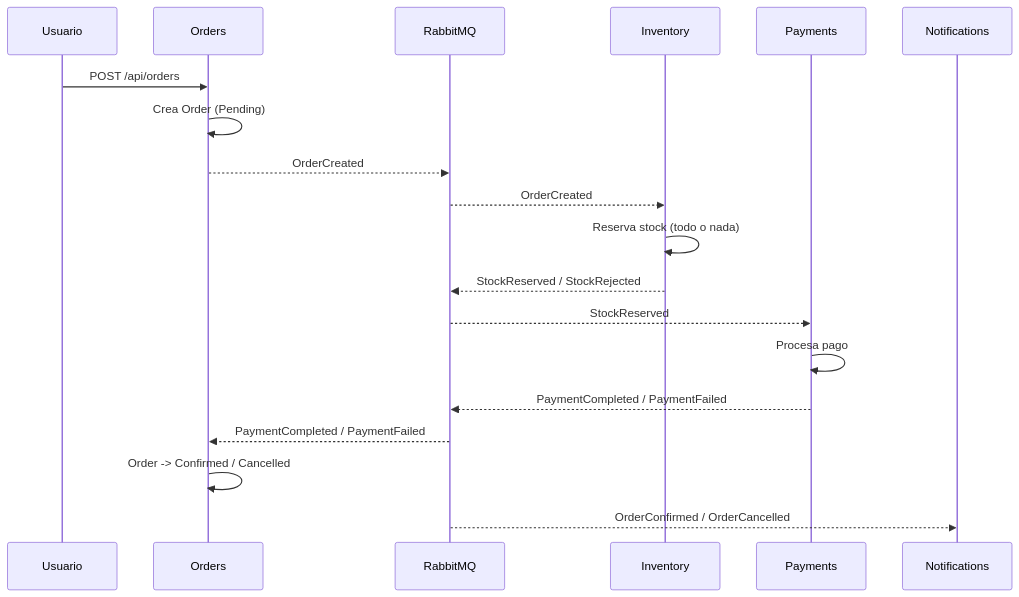
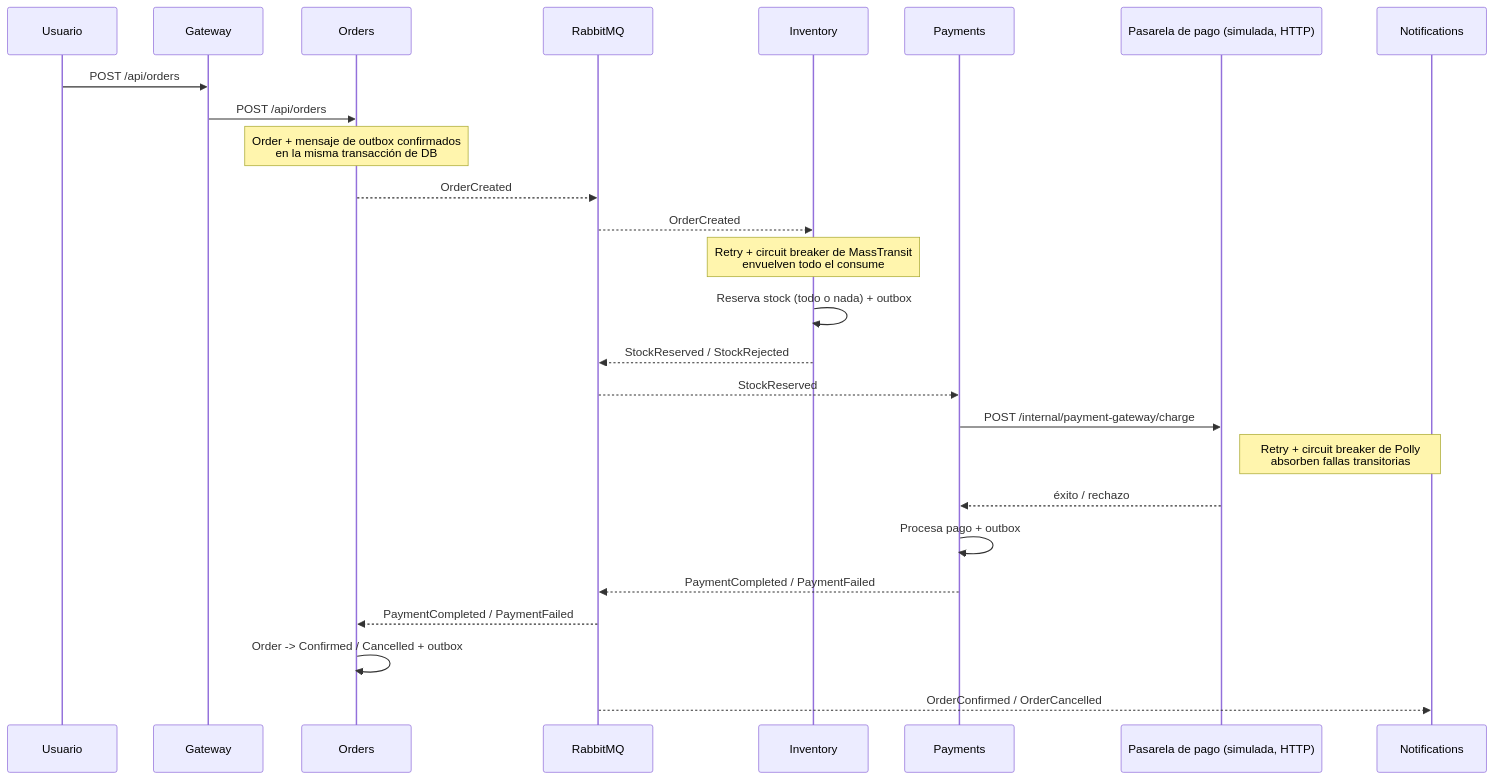
The fifth of 6 diagrams in README.md (JavierCrisostomo/ecommerce-microservices-v2), drawn with Mermaid before and after one commit. The commit also changed other lines of this file and 1 other file, not shown here.

First line of the commit message:
Document outbox, resilience and observability in README and tutorial

````diff
--- a/README.md
+++ b/README.md
@@ -272,22 +300,29 @@
 ```mermaid
 sequenceDiagram
     participant U as Usuario
+    participant GW as Gateway
     participant ORD as Orders
     participant BUS as RabbitMQ
     participant INV as Inventory
     participant PAY as Payments
+    participant PG as Pasarela de pago (simulada, HTTP)
     participant NOT as Notifications
 
-    U->>ORD: POST /api/orders
-    ORD->>ORD: Crea Order (Pending)
+    U->>GW: POST /api/orders
+    GW->>ORD: POST /api/orders
+    Note over ORD: Order + mensaje de outbox confirmados<br/>en la misma transacción de DB
     ORD-->>BUS: OrderCreated
     BUS-->>INV: OrderCreated
-    INV->>INV: Reserva stock (todo o nada)
+    Note over INV: Retry + circuit breaker de MassTransit<br/>envuelven todo el consume
+    INV->>INV: Reserva stock (todo o nada) + outbox
     INV-->>BUS: StockReserved / StockRejected
     BUS-->>PAY: StockReserved
-    PAY->>PAY: Procesa pago
+    PAY->>PG: POST /internal/payment-gateway/charge
+    Note right of PG: Retry + circuit breaker de Polly<br/>absorben fallas transitorias
+    PG-->>PAY: éxito / rechazo
+    PAY->>PAY: Procesa pago + outbox
     PAY-->>BUS: PaymentCompleted / PaymentFailed
     BUS-->>ORD: PaymentCompleted / PaymentFailed
-    ORD->>ORD: Order -> Confirmed / Cancelled
+    ORD->>ORD: Order -> Confirmed / Cancelled + outbox
     BUS-->>NOT: OrderConfirmed / OrderCancelled
 ```
````
